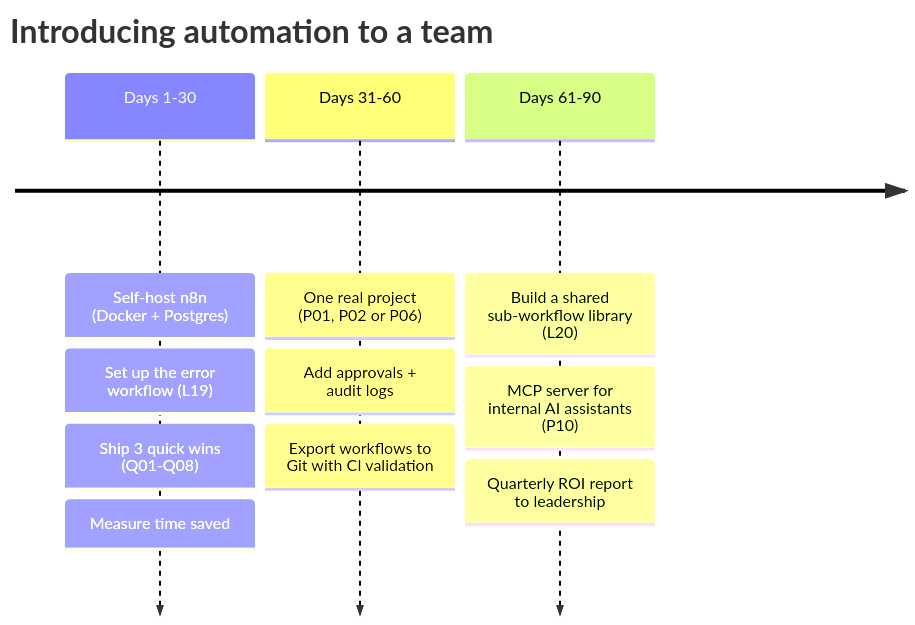
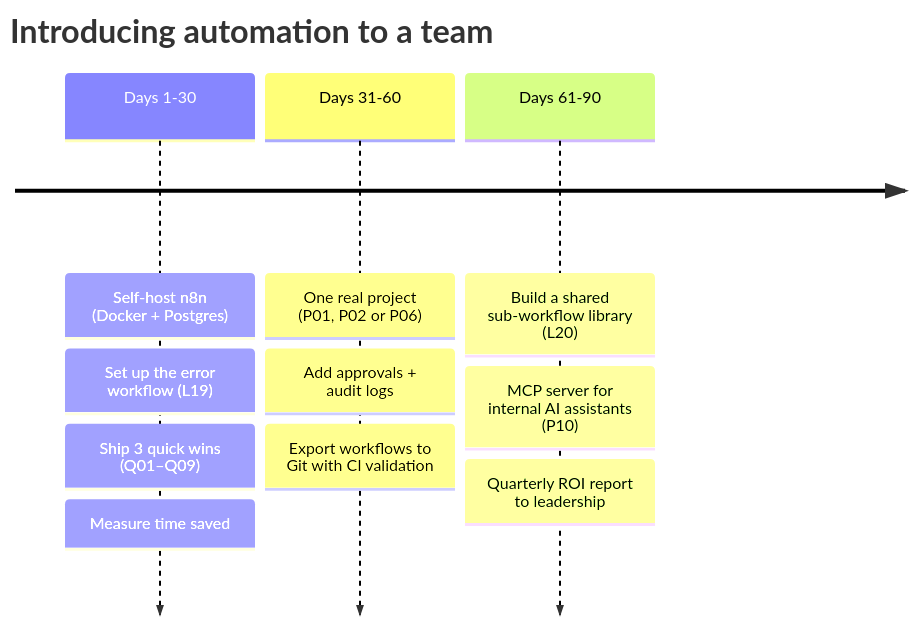
Before and after one commit to callme-siva/n8n-knowledge: the second of 2 diagrams in docs/real-world-guide.md, drawn with Mermaid. The commit also changed 27 other files, not shown here.

````diff
--- a/docs/real-world-guide.md
+++ b/docs/real-world-guide.md
@@ -147,7 +147,7 @@
 ```mermaid
 timeline
   title Introducing automation to a team
-  Days 1-30 : Self-host n8n (Docker + Postgres) : Set up the error workflow (L19) : Ship 3 quick wins (Q01-Q08) : Measure time saved
+  Days 1-30 : Self-host n8n (Docker + Postgres) : Set up the error workflow (L19) : Ship 3 quick wins (Q01–Q09) : Measure time saved
   Days 31-60 : One real project (P01, P02 or P06) : Add approvals + audit logs : Export workflows to Git with CI validation
   Days 61-90 : Build a shared sub-workflow library (L20) : MCP server for internal AI assistants (P10) : Quarterly ROI report to leadership
 ```
````
